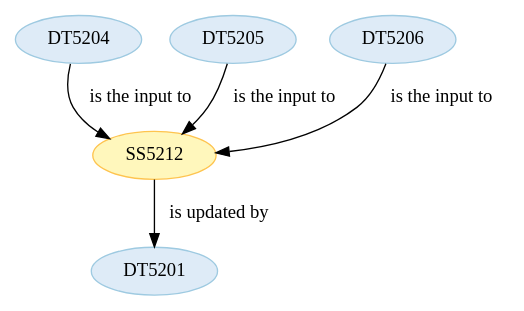
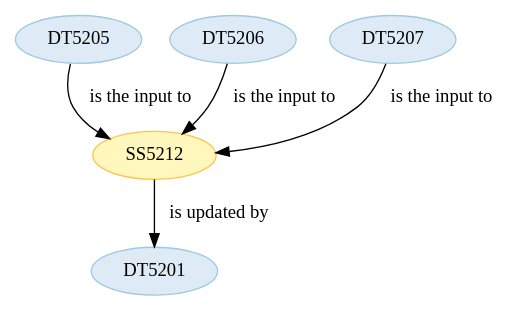
Before and after one commit to Marco-Salvi/cwl-test: the diagram in wf5201/ST520112.dot, drawn with Graphviz. The commit also changed 24 other files, not shown here.

```diff
--- a/wf5201/ST520112.dot
+++ b/wf5201/ST520112.dot
@@ -1,22 +1,22 @@
 strict digraph {
 
 
 	"SS5212" [ color="2", colorscheme="ylorbr3", fillcolor="1", style="filled",  weight=0 ];
 
 	"SS5212" -> "DT5201" [ label="is updated by", labeltooltip="DT5201 - is updated by - SS5212",  weight=0 ];
 
 	"DT5201" [ color="2", colorscheme="blues3", fillcolor="1", style="filled",  weight=0 ];
 
-	"DT5204" [ color="2", colorscheme="blues3", fillcolor="1", style="filled",  weight=0 ];
-
-	"DT5204" -> "SS5212" [ label="is the input to", labeltooltip="DT5204 - is the input to - SS5212",  weight=0 ];
-
 	"DT5205" [ color="2", colorscheme="blues3", fillcolor="1", style="filled",  weight=0 ];
 
 	"DT5205" -> "SS5212" [ label="is the input to", labeltooltip="DT5205 - is the input to - SS5212",  weight=0 ];
 
 	"DT5206" [ color="2", colorscheme="blues3", fillcolor="1", style="filled",  weight=0 ];
 
 	"DT5206" -> "SS5212" [ label="is the input to", labeltooltip="DT5206 - is the input to - SS5212",  weight=0 ];
 
+	"DT5207" [ color="2", colorscheme="blues3", fillcolor="1", style="filled",  weight=0 ];
+
+	"DT5207" -> "SS5212" [ label="is the input to", labeltooltip="DT5207 - is the input to - SS5212",  weight=0 ];
+
 }
```
